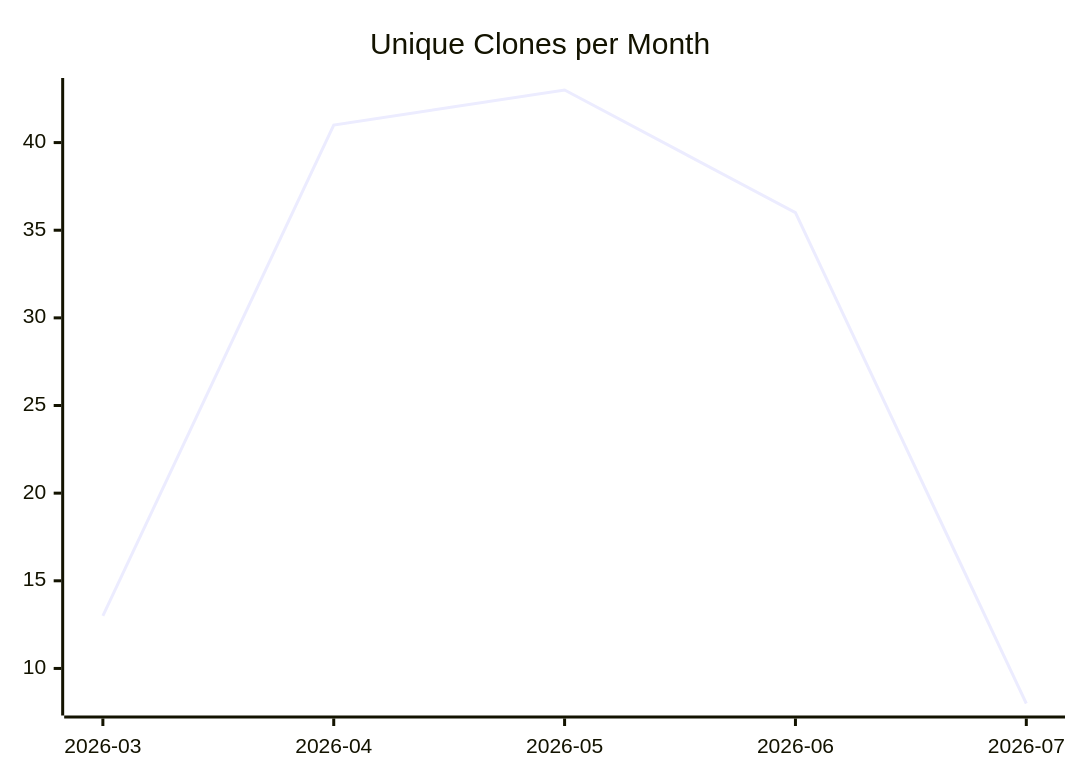
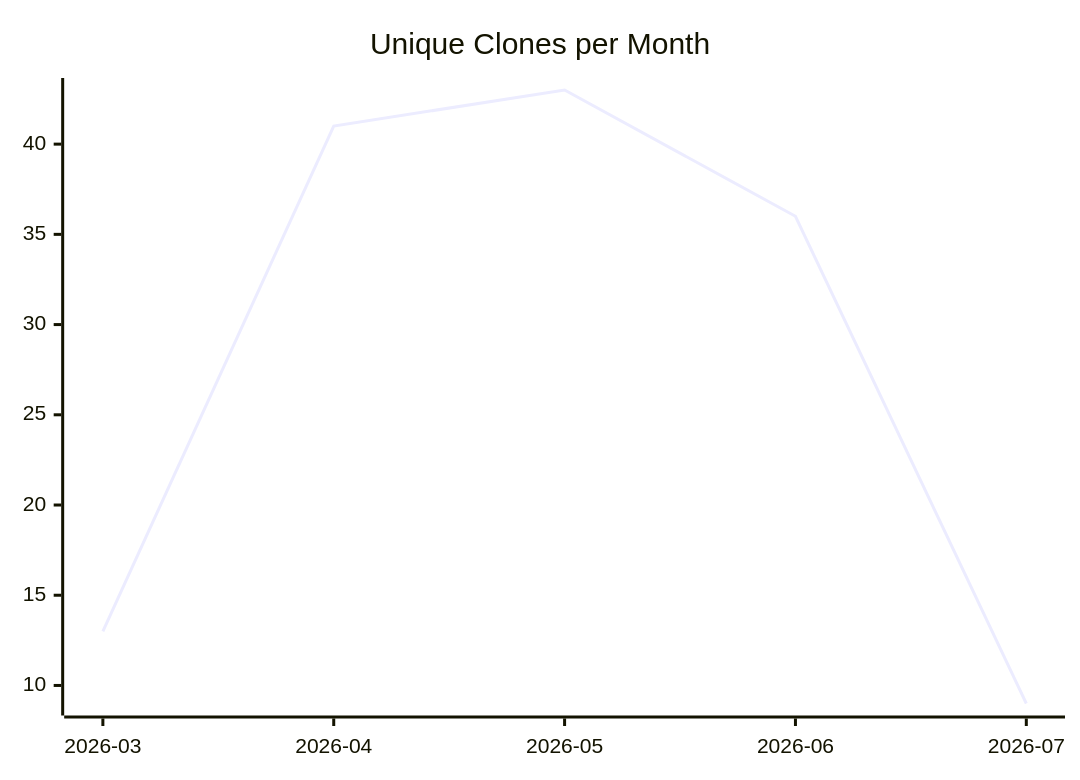
Before and after one commit to justdavis-family/github-analytics-data: the third of 3 diagrams in karlmdavis/usgs-water-api-java/README.md, drawn with Mermaid. The commit also changed other lines of this file and 184 other files, not shown here.

````diff
--- a/karlmdavis/usgs-water-api-java/README.md
+++ b/karlmdavis/usgs-water-api-java/README.md
@@ -19,6 +19,6 @@
 ```mermaid
 xychart-beta
   title "Unique Clones per Month"
   x-axis ["2026-03", "2026-04", "2026-05", "2026-06", "2026-07"]
-  line [13, 41, 43, 36, 8]
+  line [13, 41, 43, 36, 9]
 ```
````
